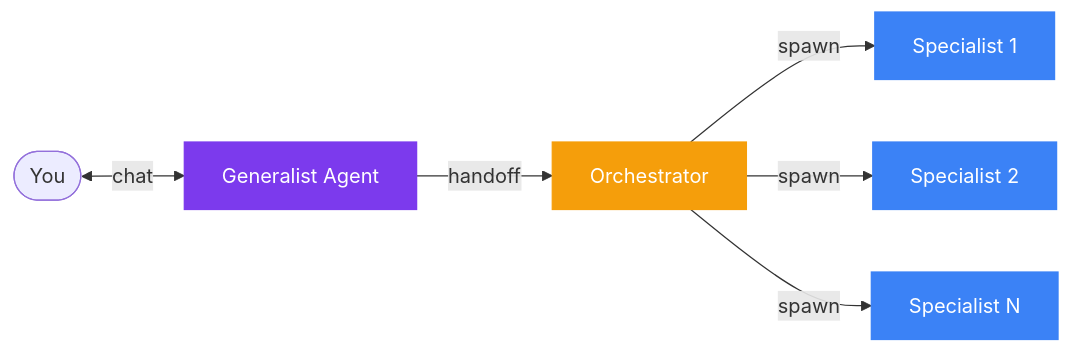
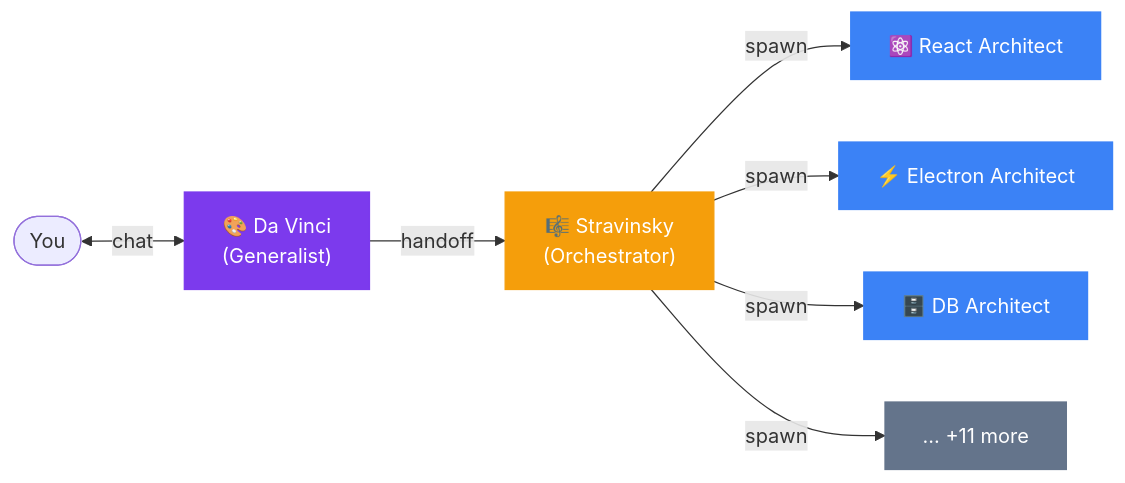
Before and after one commit to unosquare-eduardotorres/CodeAtelier: the first of 4 diagrams in README.md, drawn with Mermaid. The commit also changed other lines of this file, not shown here.

First line of the commit message:
Add agent names and icons to README diagrams

````diff
--- a/README.md
+++ b/README.md
@@ -9,14 +9,16 @@
 ```mermaid
 flowchart LR
-    You([You]) <-->|chat| G[Generalist Agent]
-    G -->|handoff| O[Orchestrator]
-    O -->|spawn| S1[Specialist 1]
-    O -->|spawn| S2[Specialist 2]
-    O -->|spawn| S3[Specialist N]
+    You([You]) <-->|chat| G["🎨 Da Vinci<br/>(Generalist)"]
+    G -->|handoff| O["🎼 Stravinsky<br/>(Orchestrator)"]
+    O -->|spawn| S1["⚛️ React Architect"]
+    O -->|spawn| S2["⚡ Electron Architect"]
+    O -->|spawn| S3["🗄️ DB Architect"]
+    O -->|spawn| S4["... +11 more"]
 
     style G fill:#7c3aed,color:#fff,stroke:#7c3aed
     style O fill:#f59e0b,color:#fff,stroke:#f59e0b
     style S1 fill:#3b82f6,color:#fff,stroke:#3b82f6
     style S2 fill:#3b82f6,color:#fff,stroke:#3b82f6
     style S3 fill:#3b82f6,color:#fff,stroke:#3b82f6
+    style S4 fill:#64748b,color:#fff,stroke:#64748b
 ```
````
